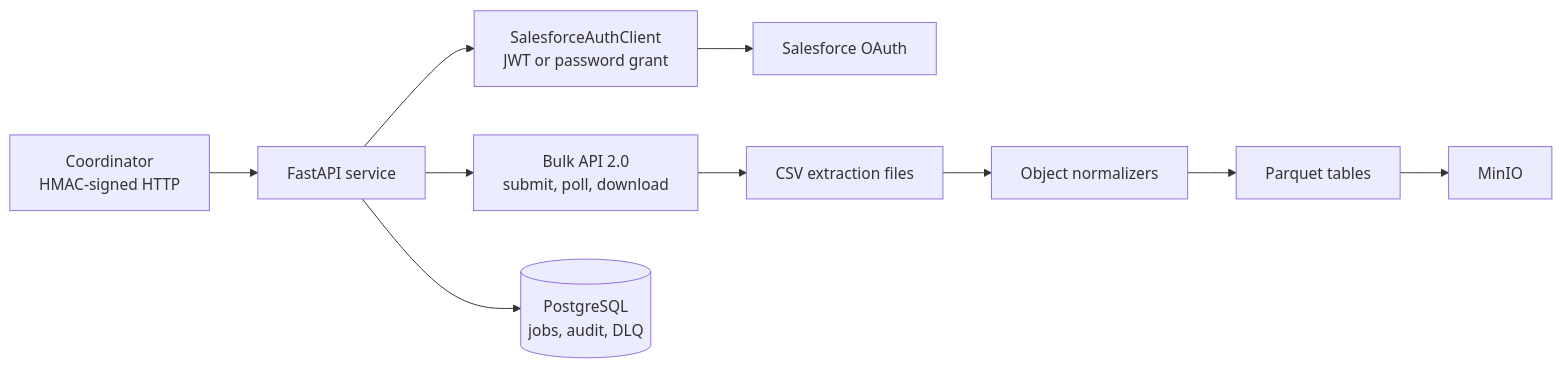
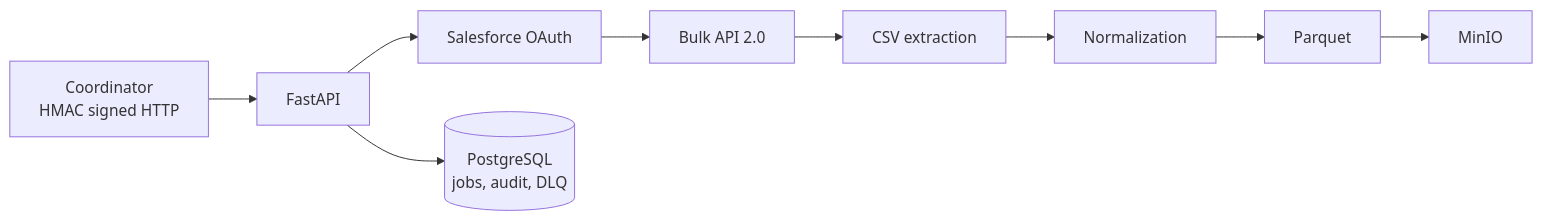
One commit to Alemu-chamada/Salesforce-Master-Service changed the diagram in README.md. Above: the diagram before and after it, drawn with Mermaid. The commit also changed other lines of this file and 10 other files, not shown here.

````diff
--- a/README.md
+++ b/README.md
@@ -7,12 +9,11 @@
 ```mermaid
 flowchart LR
-    C[Coordinator\nHMAC-signed HTTP] --> A[FastAPI service]
-    A --> AU[SalesforceAuthClient\nJWT or password grant]
-    AU --> S[Salesforce OAuth]
-    A --> B[Bulk API 2.0\nsubmit, poll, download]
-    B --> F[CSV extraction files]
-    F --> N[Object normalizers]
-    N --> P[Parquet tables]
+    C[Coordinator\nHMAC signed HTTP] --> A[FastAPI]
+    A --> O[Salesforce OAuth]
+    O --> B[Bulk API 2.0]
+    B --> X[CSV extraction]
+    X --> N[Normalization]
+    N --> P[Parquet]
     P --> M[MinIO]
-    A --> DB[(PostgreSQL\njobs, audit, DLQ)]
+    A --> D[(PostgreSQL\njobs, audit, DLQ)]
 ```
````
